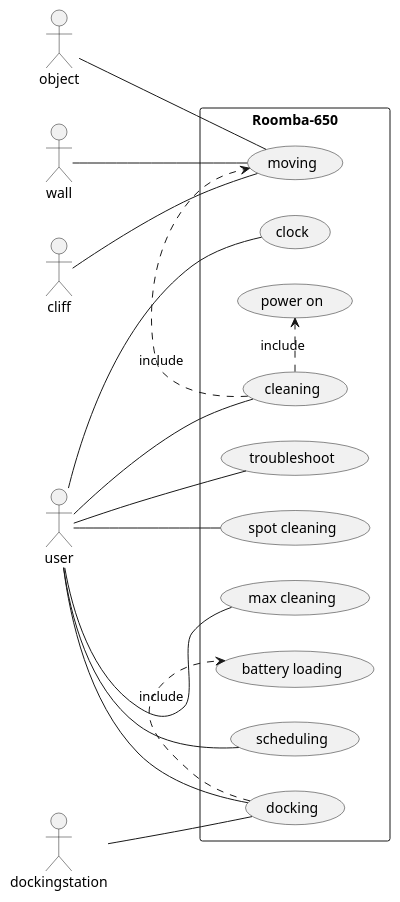
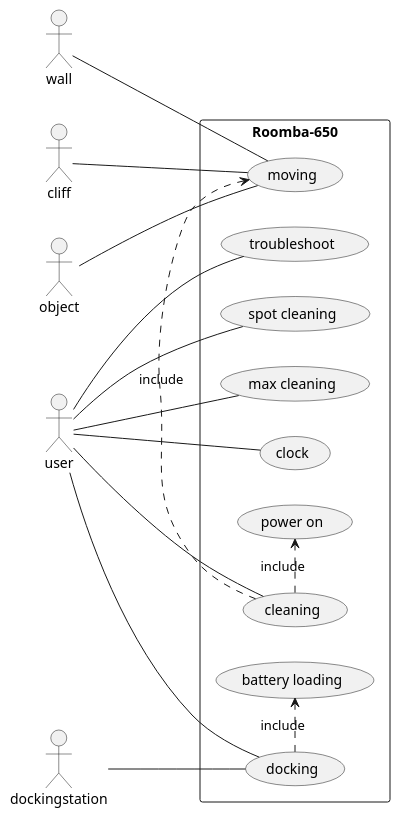
The diagram in UML/use-case.puml (VvWijhe/Cleanify), drawn with PlantUML before and after one commit. The commit also changed 6 other files, not shown here.

Commit message:
uml updated

```diff
--- a/UML/use-case.puml
+++ b/UML/use-case.puml
@@ -1,37 +1,36 @@
 @startuml
 
 left to right direction
 
 skinparam packageStyle rectangle
 
 actor wall
 actor cliff
 actor object
 actor user
 actor dockingstation
 
 rectangle Roomba-650 {
   object -- (moving)
   cliff -- (moving)
   wall -- (moving)
   ' user -- (power on)
   user -- (troubleshoot)
   user -- (spot cleaning)
   user -- (cleaning)
   user -- (max cleaning)
-  user -- (scheduling)
   user -- (clock)
   user -- (docking)
 
   dockingstation -- (docking)
 
   (cleaning) .> (power on) : include
 
   (cleaning) .> (moving) : include
   (docking) .> (battery loading) : include
 
  ' (cleaning) .> (spot cleaning) : include
 
   ' (docking) .> (battery loading) : extends
 }
 @enduml
```
